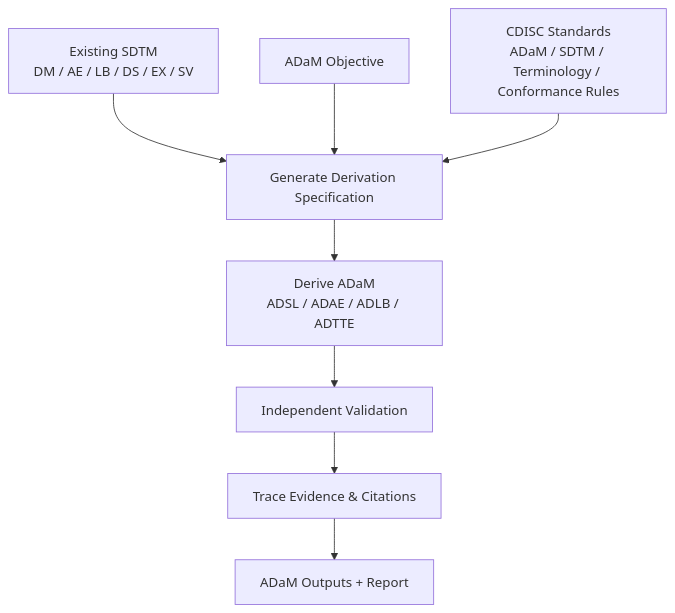
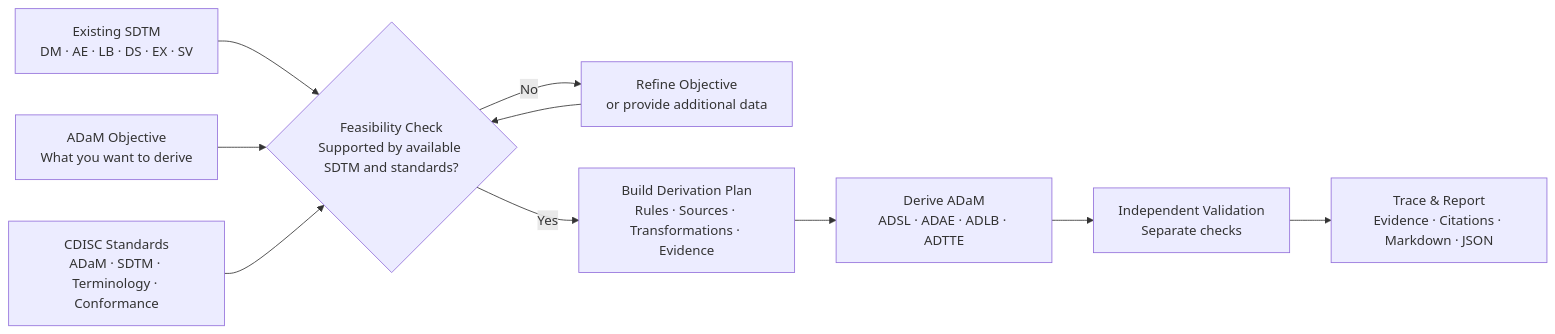
The diagram in README.md (YinaLiLi/CDISC-standards-driven-sdtm-to-adam-skill), drawn with Mermaid before and after one commit. The commit also changed other lines of this file, not shown here.

Commit message:
Refine README workflow feasibility loop

````diff
--- a/README.md
+++ b/README.md
@@ -21,19 +30,25 @@
 ```mermaid
-flowchart TD
-    A[Existing SDTM<br/>DM / AE / LB / DS / EX / SV]
-    B[ADaM Objective]
-    S[CDISC Standards<br/>ADaM / SDTM / Terminology / Conformance Rules]
-    C[Generate Derivation Specification]
-    D[Derive ADaM<br/>ADSL / ADAE / ADLB / ADTTE]
-    E[Independent Validation]
-    F[Trace Evidence & Citations]
-    G[ADaM Outputs + Report]
+flowchart LR
+    A[Existing SDTM<br/>DM · AE · LB · DS · EX · SV]
+    B[ADaM Objective<br/>What you want to derive]
+    S[CDISC Standards<br/>ADaM · SDTM · Terminology · Conformance]
 
-    A --> C
-    B --> C
-    S --> C
-    C --> D
-    D --> E
-    E --> F
-    F --> G
+    F{Feasibility Check<br/>Supported by available SDTM and standards?}
+    N[Refine Objective<br/>or provide additional data]
+    P[Build Derivation Plan<br/>Rules · Sources · Transformations · Evidence]
+    D[Derive ADaM<br/>ADSL · ADAE · ADLB · ADTTE]
+    V[Independent Validation<br/>Separate checks]
+    R[Trace & Report<br/>Evidence · Citations · Markdown · JSON]
+
+    A --> F
+    B --> F
+    S --> F
+
+    F -- No --> N
+    N --> F
+    F -- Yes --> P
+
+    P --> D
+    D --> V
+    V --> R
 ```
````
